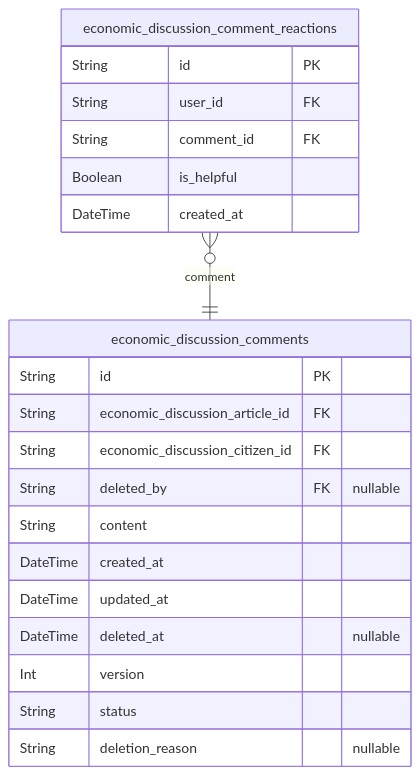
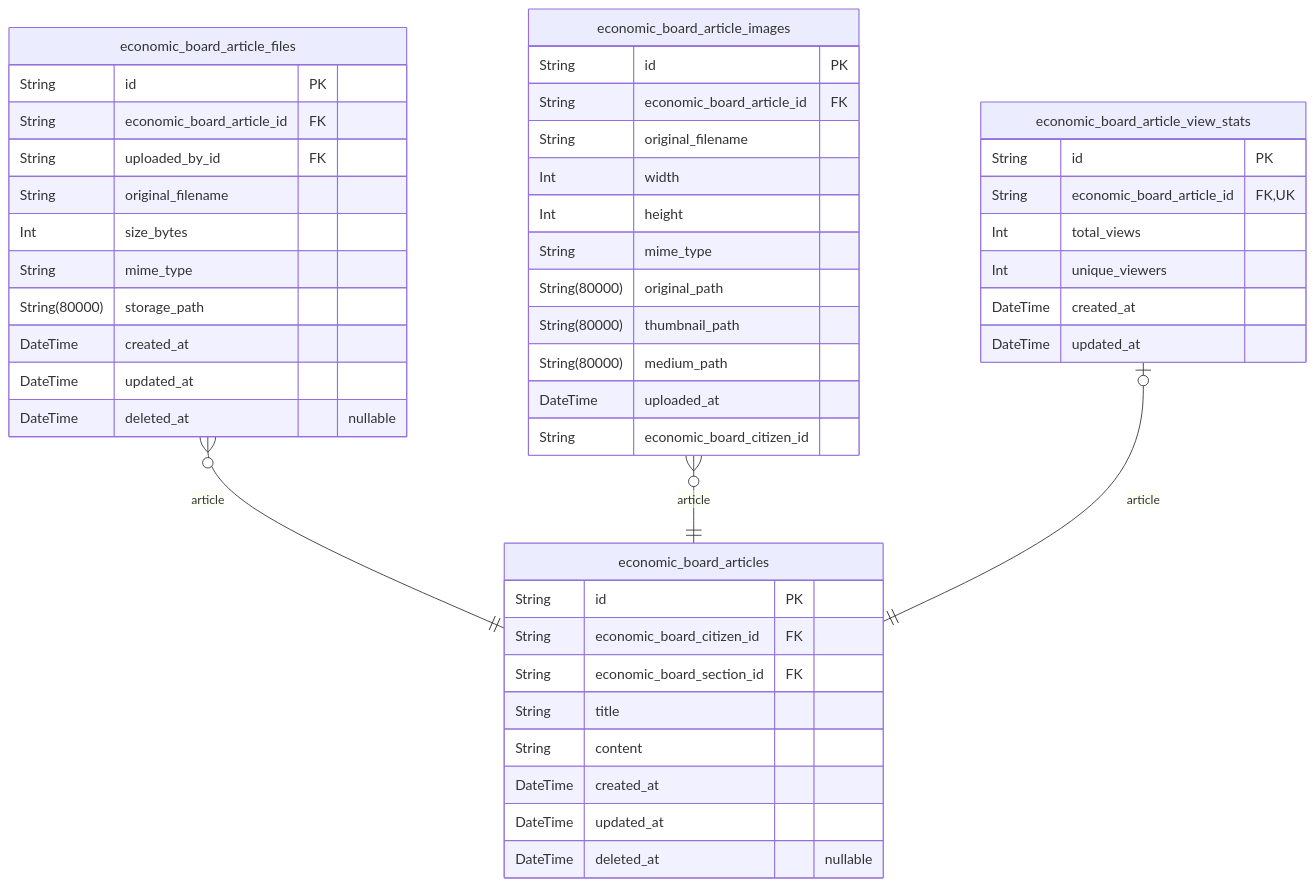
Before and after one commit to wrtnlabs/autobe-examples: the fourth of 9 diagrams in qwen/qwen3-next-80b-a3b-instruct/bbs/docs/ERD.md, drawn with Mermaid. The commit also changed other lines of this file and 11104 other files, not shown here.

````diff
--- a/qwen/qwen3-next-80b-a3b-instruct/bbs/docs/ERD.md
+++ b/qwen/qwen3-next-80b-a3b-instruct/bbs/docs/ERD.md
@@ -1000,24 +720,49 @@
 ```mermaid
 erDiagram
-"economic_discussion_comments" {
+"economic_board_articles" {
   String id PK
-  String economic_discussion_article_id FK
-  String economic_discussion_citizen_id FK
-  String deleted_by FK "nullable"
+  String economic_board_citizen_id FK
+  String economic_board_section_id FK
+  String title
   String content
   DateTime created_at
   DateTime updated_at
   DateTime deleted_at "nullable"
-  Int version
-  String status
-  String deletion_reason "nullable"
 }
-"economic_discussion_comment_reactions" {
+"economic_board_article_files" {
   String id PK
-  String user_id FK
-  String comment_id FK
-  Boolean is_helpful
+  String economic_board_article_id FK
+  String uploaded_by_id FK
+  String original_filename
+  Int size_bytes
+  String mime_type
+  String(80000) storage_path
   DateTime created_at
+  DateTime updated_at
+  DateTime deleted_at "nullable"
 }
-"economic_discussion_comment_reactions" }o--|| "economic_discussion_comments" : comment
+"economic_board_article_images" {
+  String id PK
+  String economic_board_article_id FK
+  String original_filename
+  Int width
+  Int height
+  String mime_type
+  String(80000) original_path
+  String(80000) thumbnail_path
+  String(80000) medium_path
+  DateTime uploaded_at
+  String economic_board_citizen_id
+}
+"economic_board_article_view_stats" {
+  String id PK
+  String economic_board_article_id FK,UK
+  Int total_views
+  Int unique_viewers
+  DateTime created_at
+  DateTime updated_at
+}
+"economic_board_article_files" }o--|| "economic_board_articles" : article
+"economic_board_article_images" }o--|| "economic_board_articles" : article
+"economic_board_article_view_stats" |o--|| "economic_board_articles" : article
 ```
````
